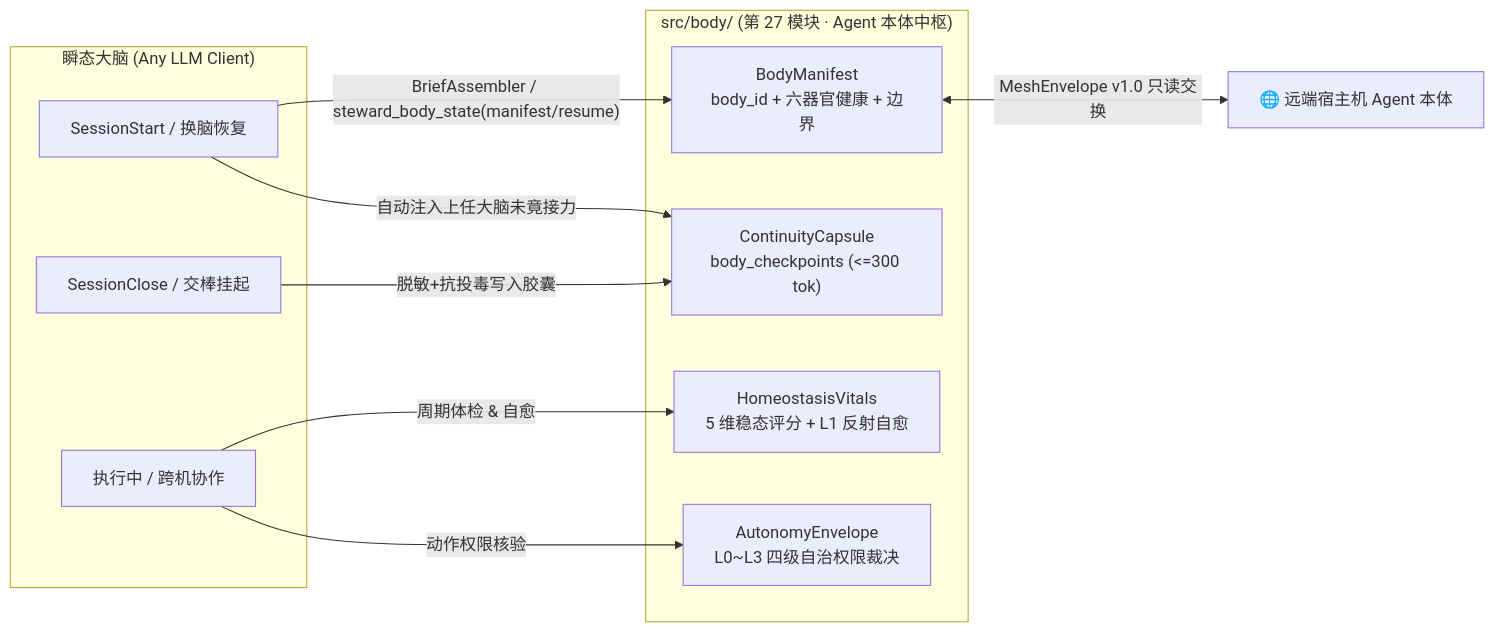
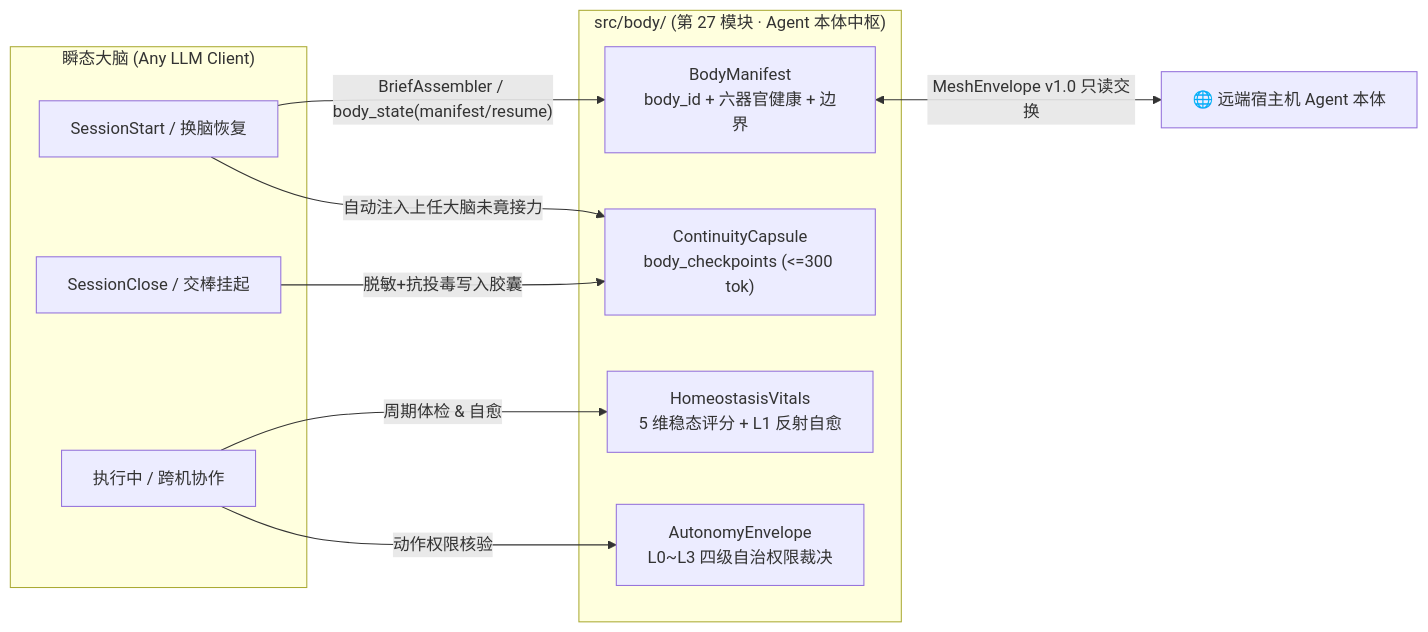
The diagram in docs/design_doc/17-agent-embodiment-and-continuity-spec.md (digoal/agent-body), drawn with Mermaid before and after one commit. The commit also changed other lines of this file and 111 other files, not shown here.

````diff
--- a/docs/design_doc/17-agent-embodiment-and-continuity-spec.md
+++ b/docs/design_doc/17-agent-embodiment-and-continuity-spec.md
@@ -29,22 +29,22 @@
 ```mermaid
 flowchart LR
     subgraph BRAIN["瞬态大脑 (Any LLM Client)"]
         S0["SessionStart / 换脑恢复"]
         S1["执行中 / 跨机协作"]
         S2["SessionClose / 交棒挂起"]
     end
 
     subgraph BODY_MOD["src/body/ (第 27 模块 · Agent 本体中枢)"]
         BM["BodyManifest<br/>body_id + 六器官健康 + 边界"]
         CC["ContinuityCapsule<br/>body_checkpoints (<=300 tok)"]
         HV["HomeostasisVitals<br/>5 维稳态评分 + L1 反射自愈"]
         AE["AutonomyEnvelope<br/>L0~L3 四级自治权限裁决"]
     end
 
-    S0 -->|"BriefAssembler / steward_body_state(manifest/resume)"| BM
+    S0 -->|"BriefAssembler / body_state(manifest/resume)"| BM
     S0 -->|"自动注入上任大脑未竟接力"| CC
     S1 -->|"动作权限核验"| AE
     S1 -->|"周期体检 & 自愈"| HV
     S2 -->|"脱敏+抗投毒写入胶囊"| CC
     BM <-->|"MeshEnvelope v1.0 只读交换"| PEER["🌐 远端宿主机 Agent 本体"]
 ```
````
